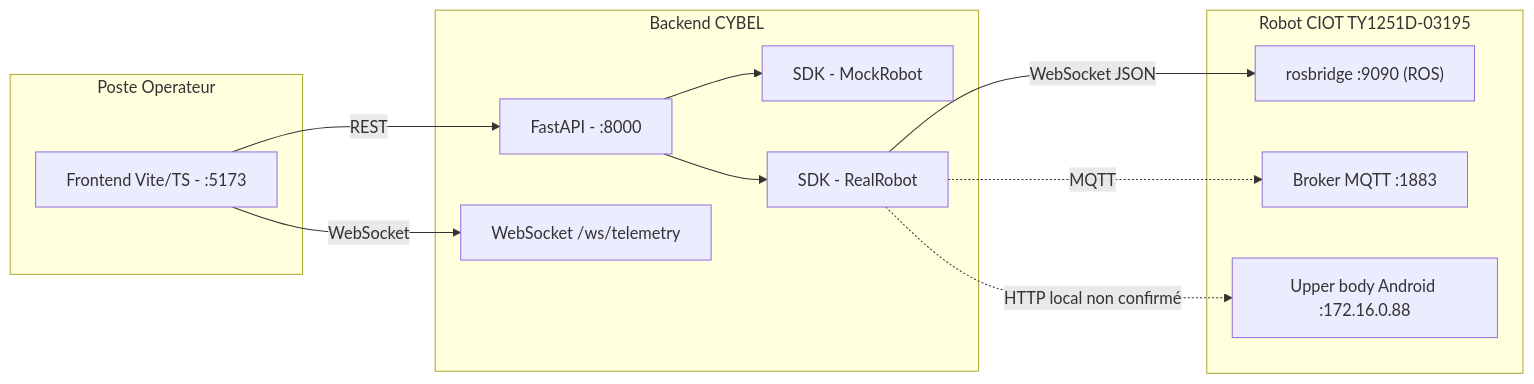
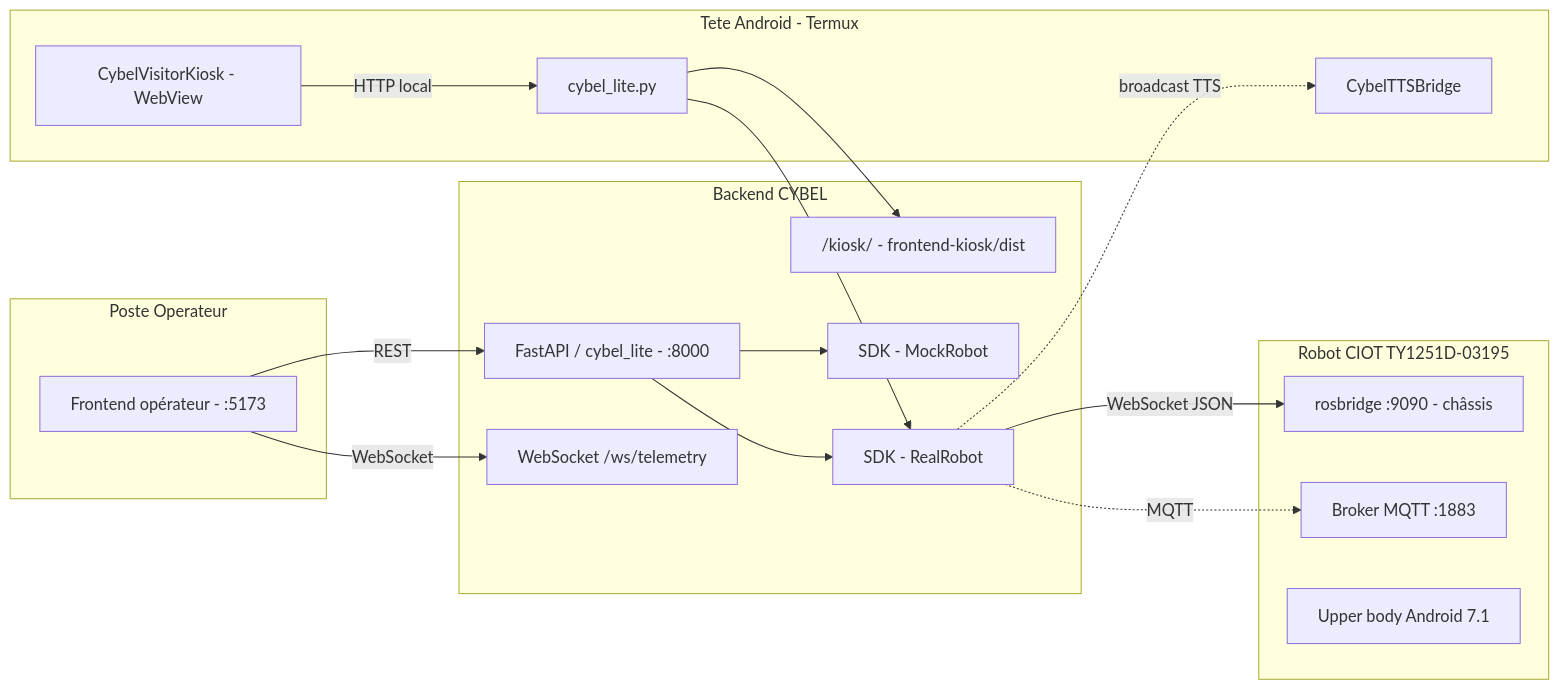
Before and after one commit to Claude20022002/Projet-Stage-2026-Cybel: the fourth of 4 diagrams in docs/Sujet de stage/rapport_stage_cybel.md, drawn with Mermaid. The commit also changed other lines of this file and 11 other files, not shown here.

````diff
--- a/docs/Sujet de stage/rapport_stage_cybel.md
+++ b/docs/Sujet de stage/rapport_stage_cybel.md
@@ -395,27 +404,37 @@
 ```mermaid
 graph LR
     subgraph Poste Operateur
-        FE["Frontend Vite/TS - :5173"]
+        FE["Frontend opérateur - :5173"]
     end
 
     subgraph Backend CYBEL
-        API["FastAPI - :8000"]
+        API["FastAPI / cybel_lite - :8000"]
         WS["WebSocket /ws/telemetry"]
+        KIOSK["/kiosk/ - frontend-kiosk/dist"]
         SDKM["SDK - MockRobot"]
         SDKR["SDK - RealRobot"]
     end
 
+    subgraph Tete Android - Termux
+        TERMUX["cybel_lite.py"]
+        KAPP["CybelVisitorKiosk - WebView"]
+        TTS["CybelTTSBridge"]
+    end
+
     subgraph Robot CIOT TY1251D-03195
-        RB["rosbridge :9090 (ROS)"]
+        RB["rosbridge :9090 - châssis"]
         MQTT["Broker MQTT :1883"]
-        AND["Upper body Android :172.16.0.88"]
+        AND["Upper body Android 7.1"]
     end
 
     FE -- REST --> API
     FE -- WebSocket --> WS
+    KAPP -- HTTP local --> TERMUX
+    TERMUX --> KIOSK
     API --> SDKM
     API --> SDKR
+    TERMUX --> SDKR
     SDKR -- WebSocket JSON --> RB
+    SDKR -. broadcast TTS .-> TTS
     SDKR -. MQTT .-> MQTT
-    SDKR -. HTTP local non confirmé .-> AND
 ```
````
